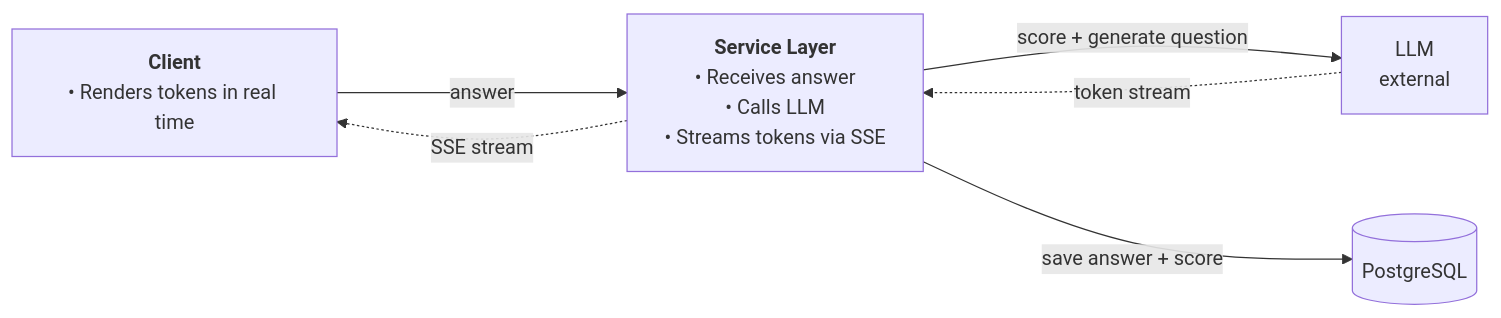
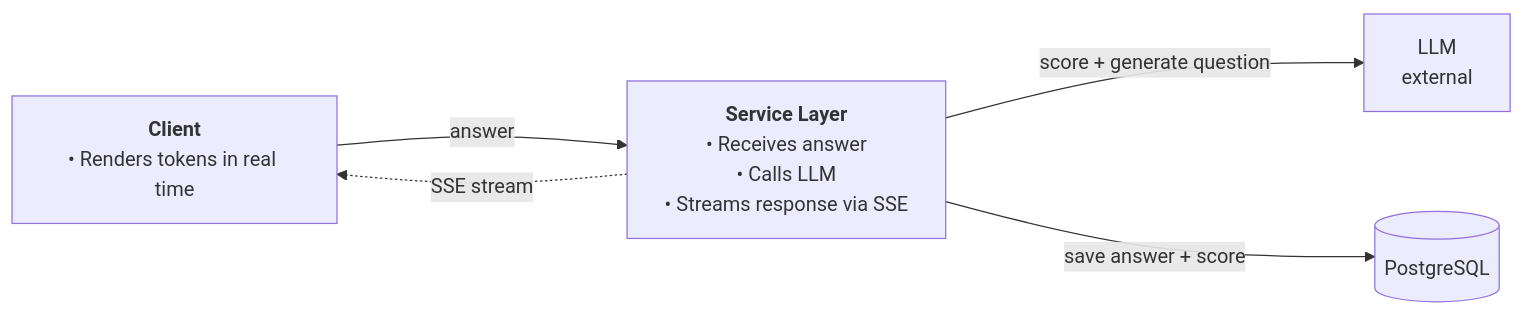
Before and after one commit to shivam-tamboli/GrillMyProject: the fifth of 5 diagrams in SYSTEM_DESIGN.md, drawn with Mermaid.

Commit message:
simplify deep dive 1 diagram — 4 arrows only no overlap

````diff
--- a/SYSTEM_DESIGN.md
+++ b/SYSTEM_DESIGN.md
@@ -532,14 +532,13 @@
 ```mermaid
 %%{init: {'flowchart': {'nodeSpacing': 80, 'rankSpacing': 150}}}%%
 flowchart LR
     Client["<b>Client</b><br/>• Renders tokens in real time"]
-    SVC["<b>Service Layer</b><br/>• Receives answer<br/>• Calls LLM<br/>• Streams tokens via SSE"]
+    SVC["<b>Service Layer</b><br/>• Receives answer<br/>• Calls LLM<br/>• Streams response via SSE"]
     LLM["LLM<br/>external"]
     PG[(PostgreSQL)]
 
     Client -->|answer| SVC
     SVC -->|score + generate question| LLM
-    LLM -.->|token stream| SVC
     SVC -->|save answer + score| PG
     SVC -.->|SSE stream| Client
 ```
````
